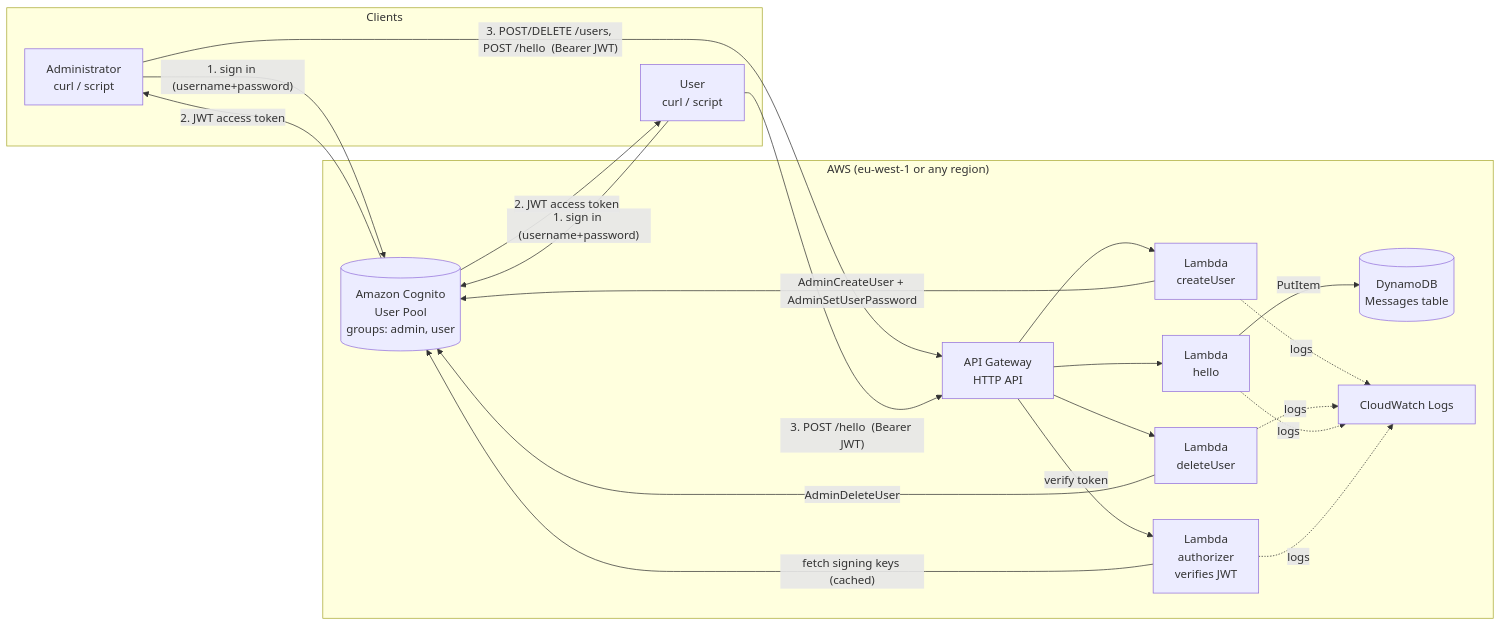
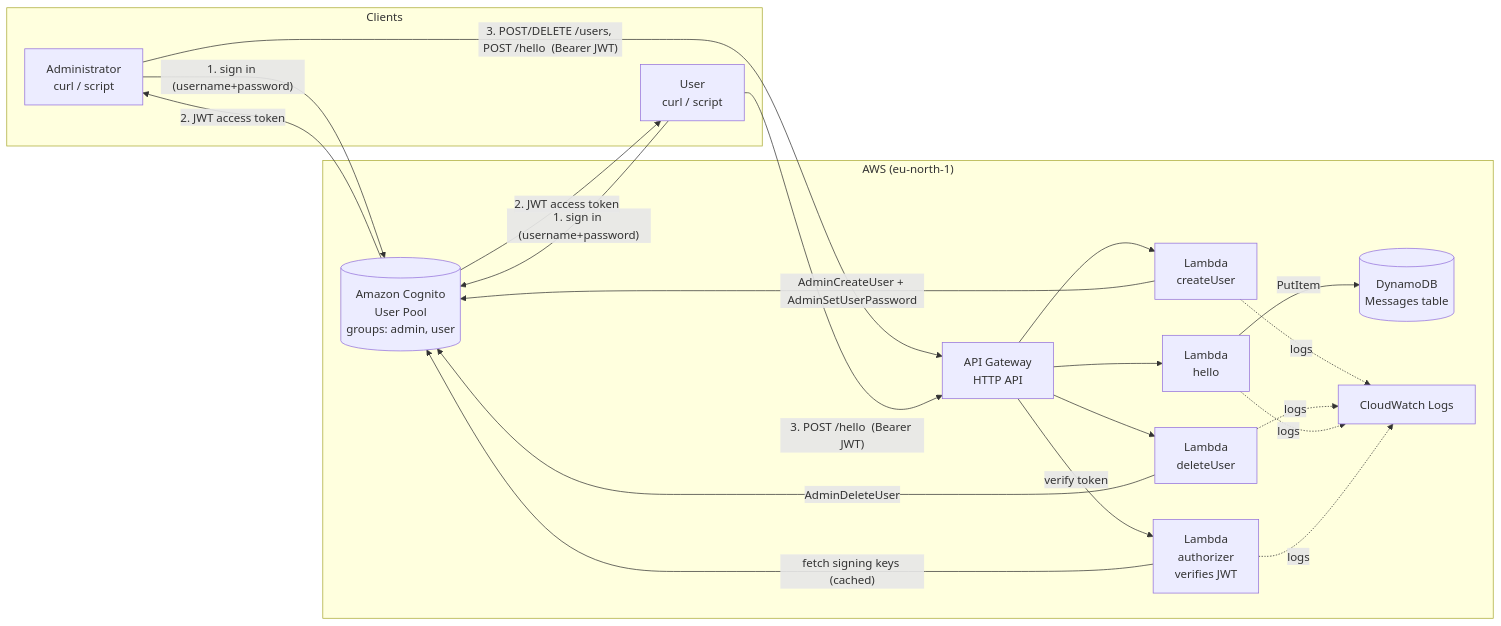
One commit to EnricoPicci/shared-calendar changed the first of 7 diagrams in docs/ARCHITECTURE.md. Above: the diagram before and after it, drawn with Mermaid. The commit also changed other lines of this file and 5 other files, not shown here.

First line of the commit message:
Step 12: README and hand-over; architecture v9 "v1 implemented"

````diff
--- a/docs/ARCHITECTURE.md
+++ b/docs/ARCHITECTURE.md
@@ -65,33 +66,33 @@
 ```mermaid
 flowchart LR
     subgraph Clients
         A[Administrator<br/>curl / script]
         U[User<br/>curl / script]
     end
 
-    subgraph AWS["AWS (eu-west-1 or any region)"]
+    subgraph AWS["AWS (eu-north-1)"]
         COG[(Amazon Cognito<br/>User Pool<br/>groups: admin, user)]
         GW[API Gateway<br/>HTTP API]
         AUTH[Lambda<br/>authorizer<br/>verifies JWT]
         CU[Lambda<br/>createUser]
         DU[Lambda<br/>deleteUser]
         HW[Lambda<br/>hello]
         DB[(DynamoDB<br/>Messages table)]
         CW[CloudWatch Logs]
     end
 
     A -- "1. sign in (username+password)" --> COG
     U -- "1. sign in (username+password)" --> COG
     COG -- "2. JWT access token" --> A
     COG -- "2. JWT access token" --> U
 
     A -- "3. POST/DELETE /users, POST /hello  (Bearer JWT)" --> GW
     U -- "3. POST /hello  (Bearer JWT)" --> GW
     GW -- "verify token" --> AUTH
     AUTH -- "fetch signing keys (cached)" --> COG
     GW --> CU & DU & HW
     CU -- "AdminCreateUser + AdminSetUserPassword" --> COG
     DU -- AdminDeleteUser --> COG
     HW -- PutItem --> DB
     CU & DU & HW & AUTH -.logs.-> CW
 ```
````
